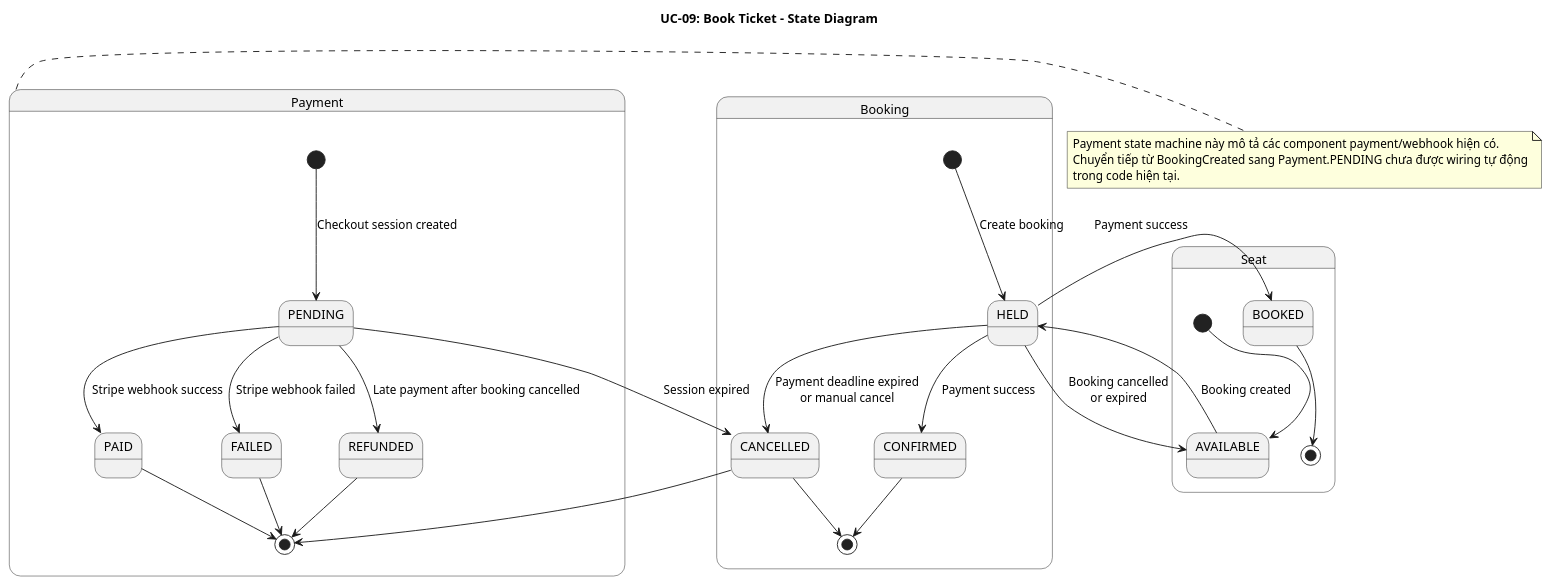
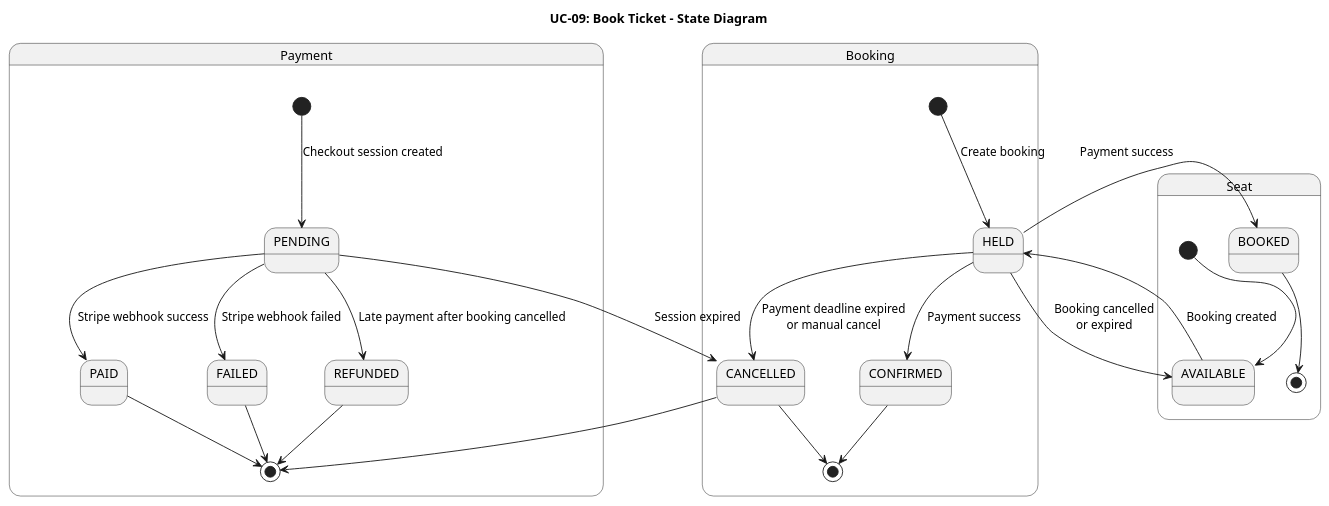
Before and after one commit to Phunguy65/train-ticket-booking-system-plus: the third of 6 diagrams in docs/usecases/UC-09-dat-ve-tau.md, drawn with PlantUML. The commit also changed other lines of this file and 33 other files, not shown here.

````diff
--- a/docs/usecases/UC-09-dat-ve-tau.md
+++ b/docs/usecases/UC-09-dat-ve-tau.md
@@ -150,39 +146,34 @@
 ```plantuml
 @startuml UC-09-state
 title UC-09: Book Ticket - State Diagram
 
 state "Booking" as booking {
     [*] --> HELD: Create booking
     HELD --> CONFIRMED: Payment success
     HELD --> CANCELLED: Payment deadline expired\nor manual cancel
     CONFIRMED --> [*]
     CANCELLED --> [*]
 }
 
 state "Seat" as seat {
     [*] --> AVAILABLE
     AVAILABLE --> HELD: Booking created
     HELD --> BOOKED: Payment success
     HELD --> AVAILABLE: Booking cancelled\nor expired
     BOOKED --> [*]
 }
 
 state "Payment" as payment {
     [*] --> PENDING: Checkout session created
     PENDING --> PAID: Stripe webhook success
     PENDING --> FAILED: Stripe webhook failed
     PENDING --> CANCELLED: Session expired
     PENDING --> REFUNDED: Late payment after booking cancelled
     PAID --> [*]
     REFUNDED --> [*]
     FAILED --> [*]
     CANCELLED --> [*]
 }
 
-note right of payment
-  Payment state machine này mô tả các component payment/webhook hiện có.
-  Chuyển tiếp từ BookingCreated sang Payment.PENDING chưa được wiring tự động
-  trong code hiện tại.
-end note
 @enduml
 ```
````
